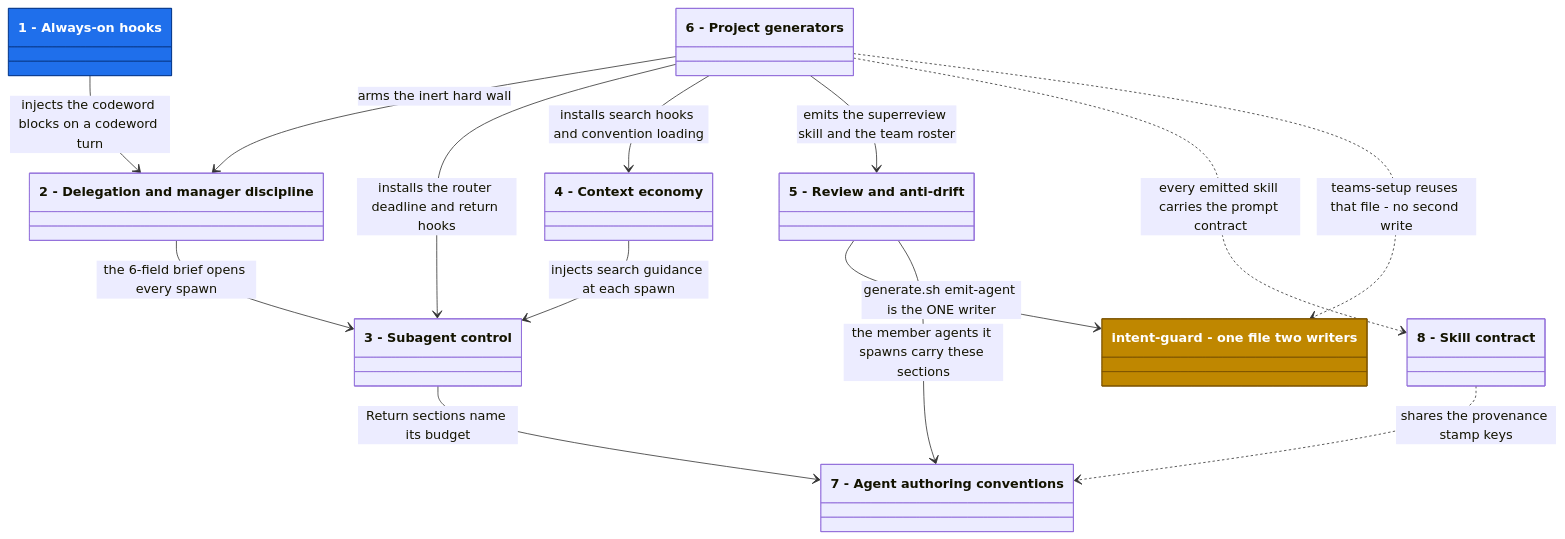
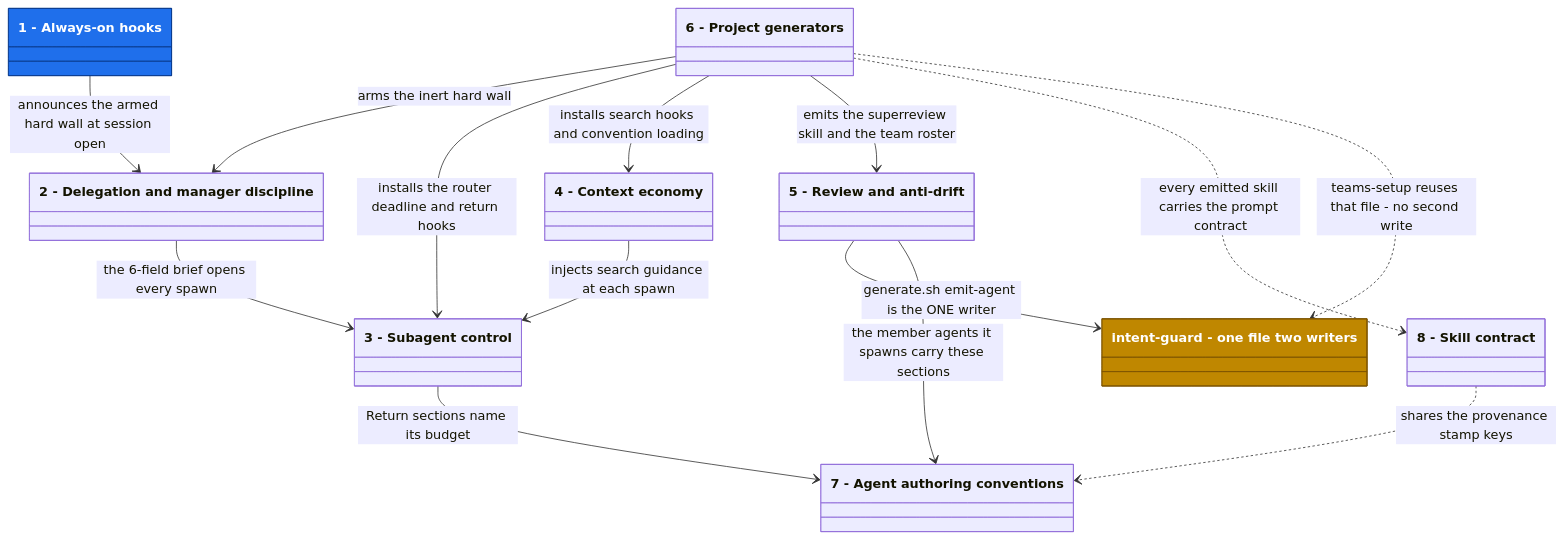
The first of 2 diagrams in APPROACHES.md (kochetkov-ma/claude-brewcode), drawn with Mermaid before and after one commit. The commit also changed other lines of this file and 5 other files, not shown here.

````diff
--- a/APPROACHES.md
+++ b/APPROACHES.md
@@ -44,31 +44,31 @@
 ```mermaid
 classDiagram
   direction TB
 
   class S1["1 - Always-on hooks"]
   class S2["2 - Delegation and manager discipline"]
   class S3["3 - Subagent control"]
   class S4["4 - Context economy"]
   class S5["5 - Review and anti-drift"]
   class S6["6 - Project generators"]
   class S7["7 - Agent authoring conventions"]
   class S8["8 - Skill contract"]
   class IG["intent-guard - one file two writers"]
 
-  S1 --> S2 : injects the codeword blocks on a codeword turn
+  S1 --> S2 : announces the armed hard wall at session open
   S6 --> S2 : arms the inert hard wall
   S6 --> S3 : installs the router deadline and return hooks
   S6 --> S4 : installs search hooks and convention loading
   S6 --> S5 : emits the superreview skill and the team roster
   S6 ..> S8 : every emitted skill carries the prompt contract
   S6 ..> IG : teams-setup reuses that file - no second write
   S5 --> IG : generate.sh emit-agent is the ONE writer
   S5 --> S7 : the member agents it spawns carry these sections
   S2 --> S3 : the 6-field brief opens every spawn
   S4 --> S3 : injects search guidance at each spawn
   S3 --> S7 : Return sections name its budget
   S8 ..> S7 : shares the provenance stamp keys
 
   style S1 fill:#1f6feb,stroke:#0b3d91,color:#ffffff
   style IG fill:#bf8700,stroke:#7d5300,color:#ffffff
 ```
````
